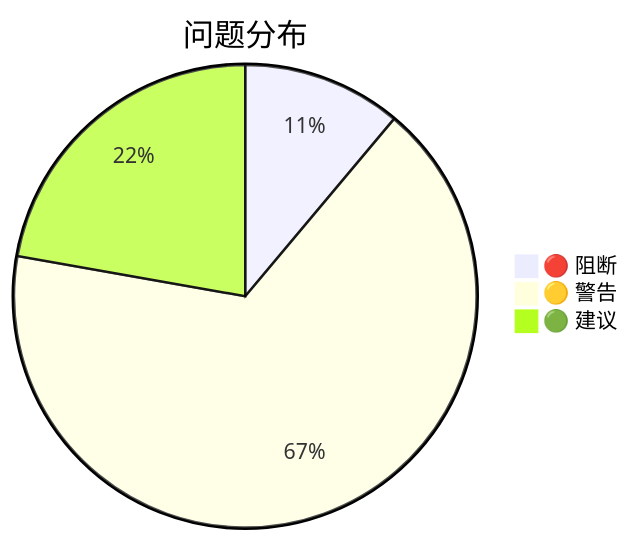
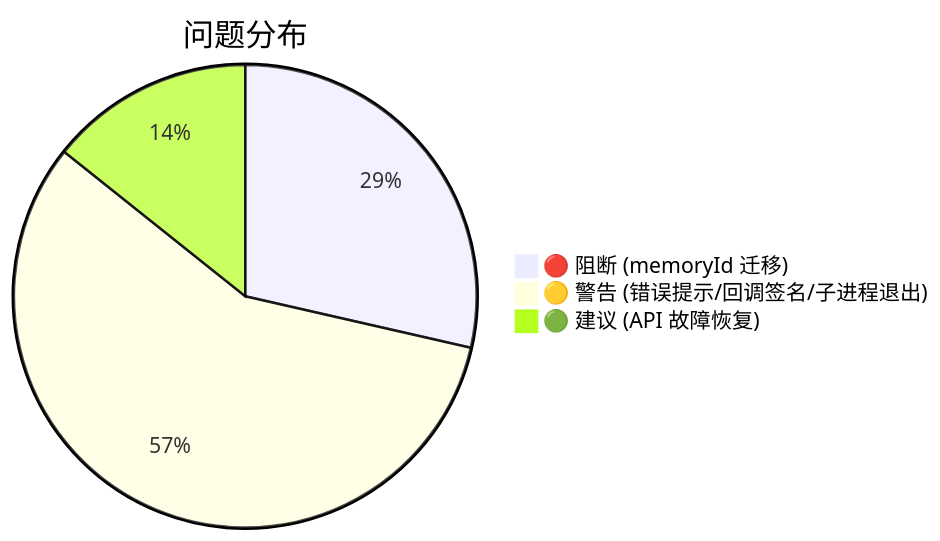
Before and after one commit to HACK-WU/kisearch: the eighth of 8 diagrams in .requirements/2026-07-17-KiSearch-zvec-node-mcp/review/scenario-rehearsal.md, drawn with Mermaid. The commit also changed other lines of this file and 42 other files, not shown here.

````diff
--- a/.requirements/2026-07-17-KiSearch-zvec-node-mcp/review/scenario-rehearsal.md
+++ b/.requirements/2026-07-17-KiSearch-zvec-node-mcp/review/scenario-rehearsal.md
@@ -232,6 +333,6 @@
 ```mermaid
 pie title 问题分布
-    "🔴 阻断" : 1
-    "🟡 警告" : 6
-    "🟢 建议" : 2
+    "🔴 阻断 (memoryId 迁移)" : 2
+    "🟡 警告 (错误提示/回调签名/子进程退出)" : 4
+    "🟢 建议 (API 故障恢复)" : 1
 ```
````
